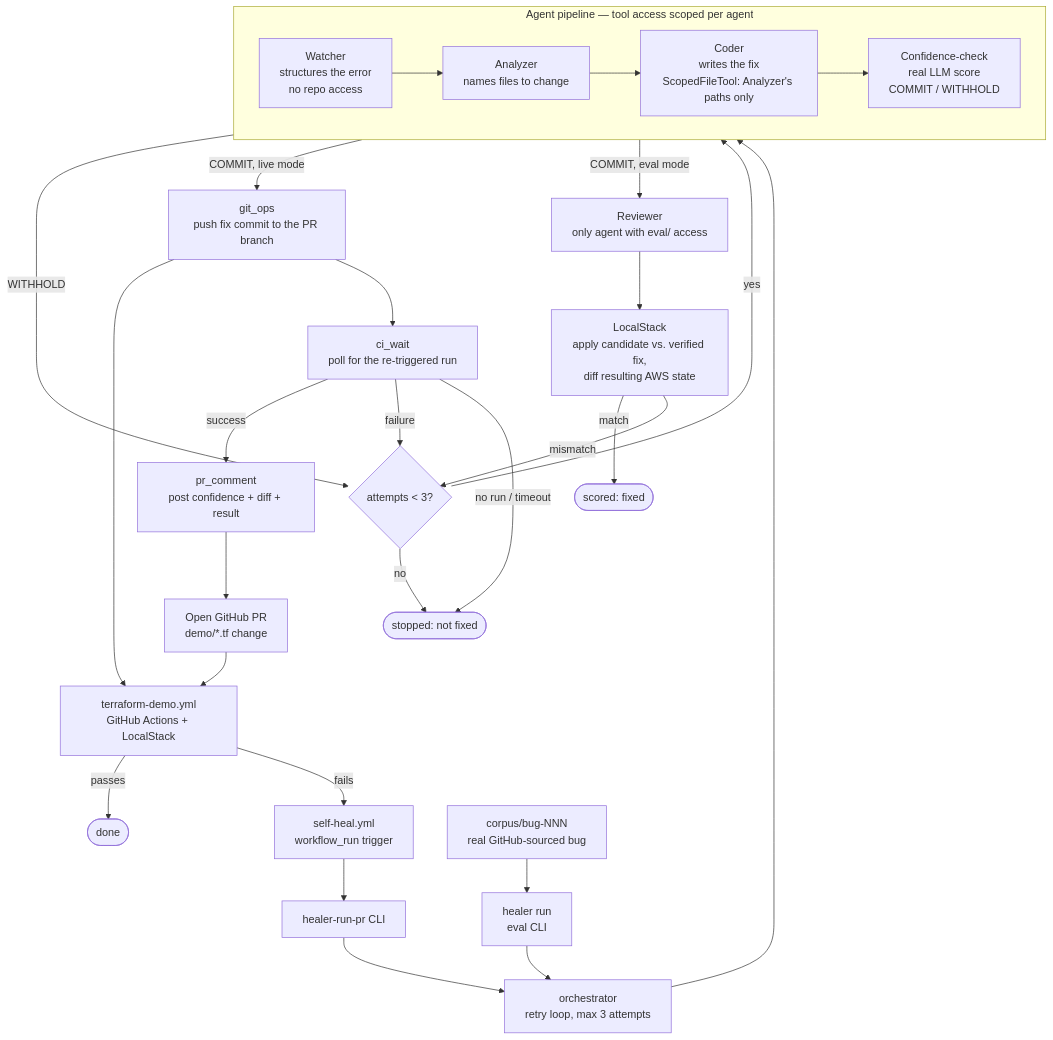
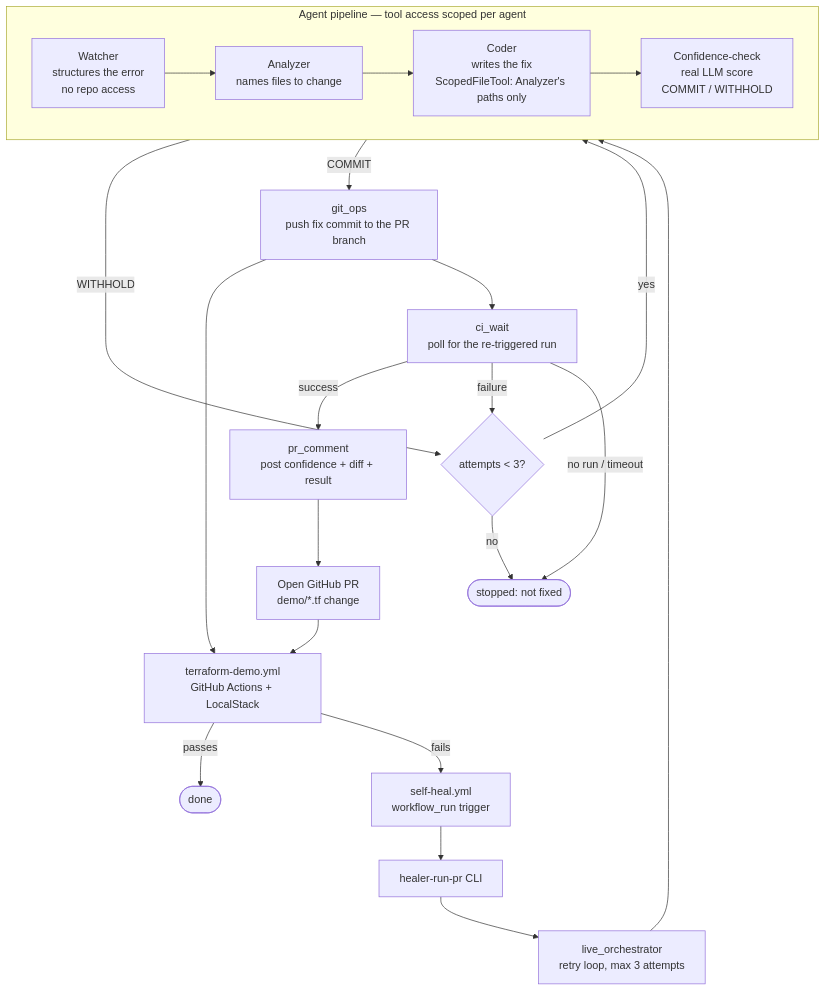
The diagram in README.md (BenPetersonAIEngineering/self-healing-terraform-pipeline), drawn with Mermaid before and after one commit. The commit also changed other lines of this file and 26 other files, not shown here.

First line of the commit message:
Cut the eval harness, keep only the live pipeline

````diff
--- a/README.md
+++ b/README.md
@@ -28,42 +26,34 @@
 ```mermaid
 flowchart TD
     PR["Open GitHub PR<br>demo/*.tf change"]
     CI["terraform-demo.yml<br>GitHub Actions + LocalStack"]
     PR --> CI
     CI -->|passes| GREEN(["done"])
     CI -->|fails| HOOK["self-heal.yml<br>workflow_run trigger"]
 
     HOOK --> RUNPR["healer-run-pr CLI"]
-    CORPUS["corpus/bug-NNN<br>real GitHub-sourced bug"] --> EVALCLI["healer run<br>eval CLI"]
-
-    RUNPR --> ORCH["orchestrator<br>retry loop, max 3 attempts"]
-    EVALCLI --> ORCH
+    RUNPR --> ORCH["live_orchestrator<br>retry loop, max 3 attempts"]
 
     subgraph AGENTS["Agent pipeline — tool access scoped per agent"]
         direction LR
         WATCHER["Watcher<br>structures the error<br>no repo access"]
         ANALYZER["Analyzer<br>names files to change"]
         CODER["Coder<br>writes the fix<br>ScopedFileTool: Analyzer's paths only"]
         CONF["Confidence-check<br>real LLM score<br>COMMIT / WITHHOLD"]
         WATCHER --> ANALYZER --> CODER --> CONF
     end
 
     ORCH --> WATCHER
 
     CONF -->|WITHHOLD| RETRY{"attempts < 3?"}
     RETRY -->|yes| WATCHER
     RETRY -->|no| STOP(["stopped: not fixed"])
 
-    CONF -->|"COMMIT, live mode"| GITPUSH["git_ops<br>push fix commit to the PR branch"]
+    CONF -->|COMMIT| GITPUSH["git_ops<br>push fix commit to the PR branch"]
     GITPUSH --> CI
     GITPUSH --> CIWAIT["ci_wait<br>poll for the re-triggered run"]
     CIWAIT -->|success| COMMENT["pr_comment<br>post confidence + diff + result"]
     CIWAIT -->|failure| RETRY
     CIWAIT -->|no run / timeout| STOP
     COMMENT --> PR
-
-    CONF -->|"COMMIT, eval mode"| REVIEWER["Reviewer<br>only agent with eval/ access"]
-    REVIEWER --> LOCALSTACK["LocalStack<br>apply candidate vs. verified fix,<br>diff resulting AWS state"]
-    LOCALSTACK -->|match| SCORED(["scored: fixed"])
-    LOCALSTACK -->|mismatch| RETRY
 ```
````
